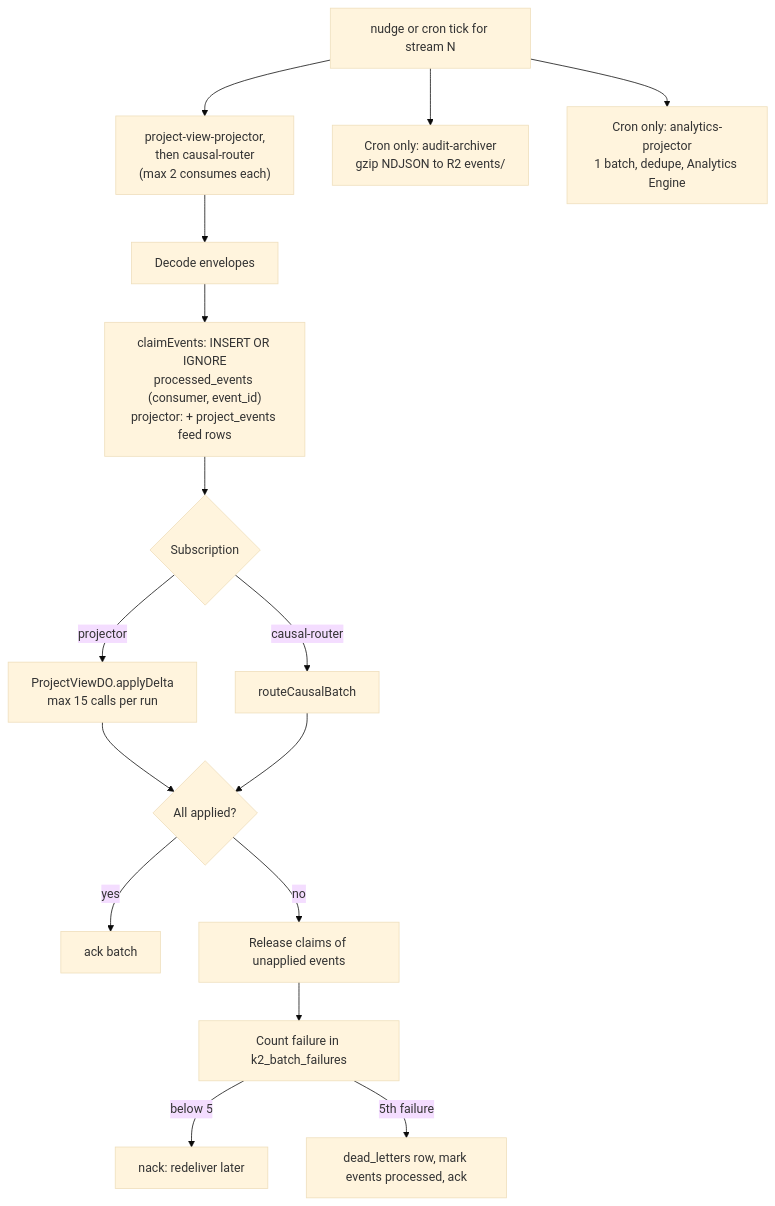
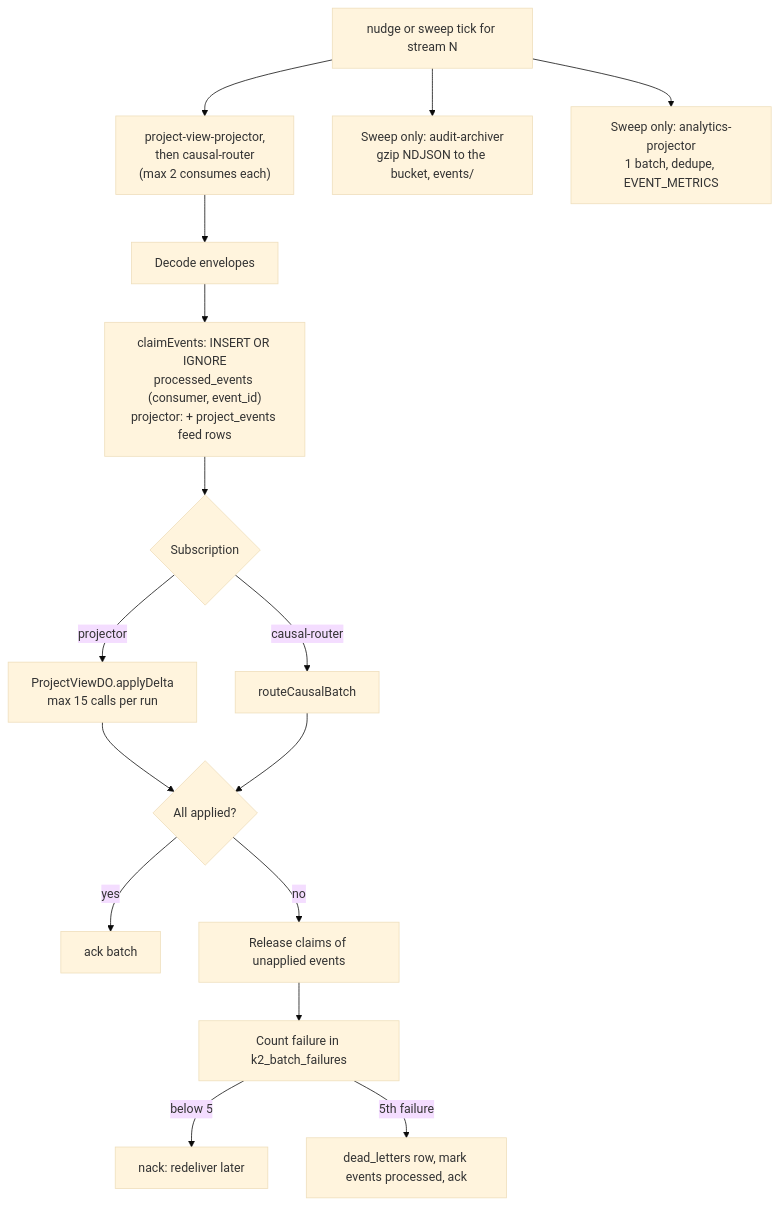
The third of 7 diagrams in docs/architecture/events-and-commands.md (nsudhanva/rhumbatron), drawn with Mermaid (base theme) before and after one commit. The commit also changed other lines of this file and 322 other files, not shown here.

````diff
--- a/docs/architecture/events-and-commands.md
+++ b/docs/architecture/events-and-commands.md
@@ -84,18 +88,18 @@
 ```mermaid
 flowchart TB
-  START["nudge or cron tick for stream N"] --> SUBS["project-view-projector,<br/>then causal-router<br/>(max 2 consumes each)"]
+  START["nudge or sweep tick for stream N"] --> SUBS["project-view-projector,<br/>then causal-router<br/>(max 2 consumes each)"]
   SUBS --> DEC["Decode envelopes"]
   DEC --> CLAIM["claimEvents: INSERT OR IGNORE<br/>processed_events (consumer, event_id)<br/>projector: + project_events feed rows"]
   CLAIM --> FRESH{"Subscription"}
   FRESH -->|"projector"| PV["ProjectViewDO.applyDelta<br/>max 15 calls per run"]
   FRESH -->|"causal-router"| CR["routeCausalBatch"]
   PV --> OK{"All applied?"}
   CR --> OK
   OK -->|"yes"| ACK["ack batch"]
   OK -->|"no"| REL["Release claims of unapplied events"]
   REL --> CNT["Count failure in k2_batch_failures"]
   CNT -->|"below 5"| NACK["nack: redeliver later"]
   CNT -->|"5th failure"| DL["dead_letters row, mark events processed, ack"]
-  START --> ARC["Cron only: audit-archiver<br/>gzip NDJSON to R2 events/"]
-  START --> AN["Cron only: analytics-projector<br/>1 batch, dedupe, Analytics Engine"]
+  START --> ARC["Sweep only: audit-archiver<br/>gzip NDJSON to the bucket, events/"]
+  START --> AN["Sweep only: analytics-projector<br/>1 batch, dedupe, EVENT_METRICS"]
 ```
````
